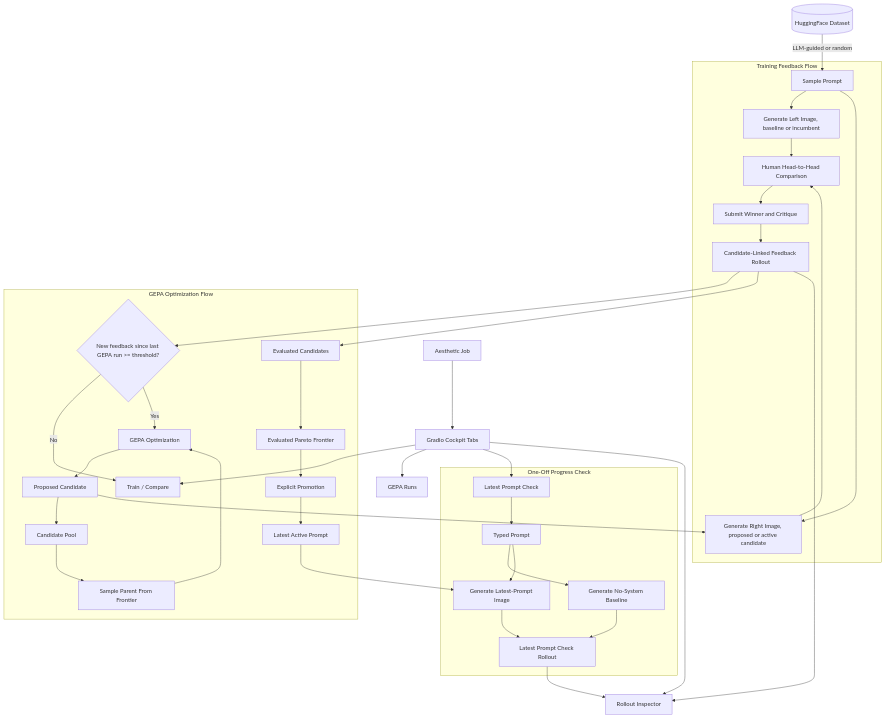
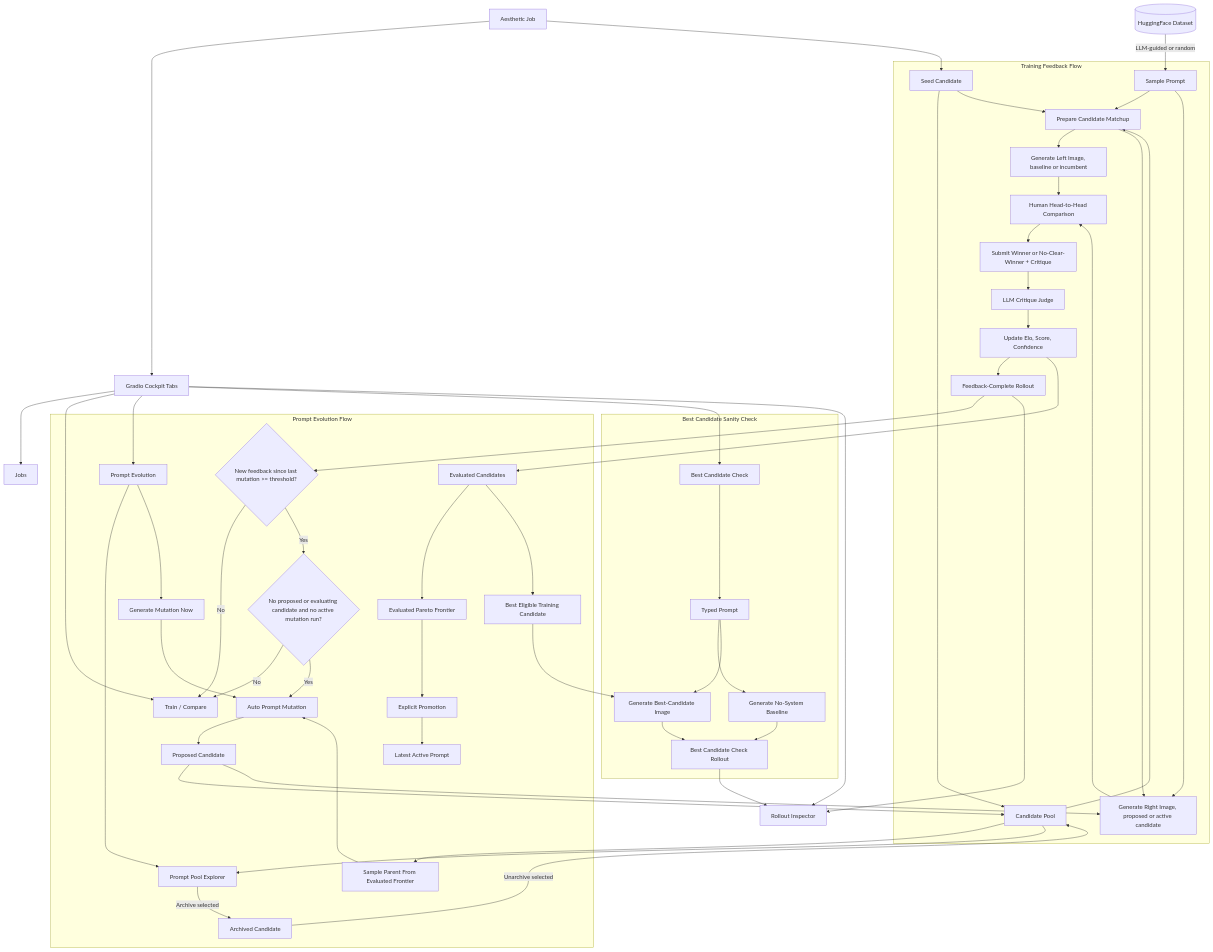
One commit to anath2/image-preference-modelling changed the diagram in docs/architecture.md. Above: the diagram before and after it, drawn with Mermaid. The commit also changed other lines of this file and 1 other file, not shown here.

````diff
--- a/docs/architecture.md
+++ b/docs/architecture.md
@@ -1,57 +1,80 @@
 ```mermaid
 flowchart TD
     DS[("HuggingFace Dataset")]
     Job["Aesthetic Job"]
+    Seed["Seed Candidate"]
+    Pool["Candidate Pool"]
     UI["Gradio Cockpit Tabs"]
+    JobsTab["Jobs"]
     TrainTab["Train / Compare"]
-    GepaTab["GEPA Runs"]
-    CheckTab["Latest Prompt Check"]
+    GepaTab["Prompt Evolution"]
+    PoolExplorer["Prompt Pool Explorer"]
+    CheckTab["Best Candidate Check"]
     InspectorTab["Rollout Inspector"]
 
     DS -->|"LLM-guided or random"| SP["Sample Prompt"]
     Job --> UI
+    Job --> Seed
+    Seed --> Pool
+    UI --> JobsTab
     UI --> TrainTab
     UI --> GepaTab
     UI --> CheckTab
     UI --> InspectorTab
+    GepaTab --> PoolExplorer
 
     subgraph trainingFlow ["Training Feedback Flow"]
-        SP --> BL["Generate Left Image, baseline or incumbent"]
+        SP --> Matchup["Prepare Candidate Matchup"]
+        Seed --> Matchup
+        Pool --> Matchup
+        Matchup --> BL["Generate Left Image, baseline or incumbent"]
+        Matchup --> CA
         SP --> CA["Generate Right Image, proposed or active candidate"]
         BL --> HC["Human Head-to-Head Comparison"]
         CA --> HC
-        HC --> FB["Submit Winner and Critique"]
-        FB --> RO["Candidate-Linked Feedback Rollout"]
+        HC --> FB["Submit Winner or No-Clear-Winner + Critique"]
+        FB --> Judge["LLM Critique Judge"]
+        Judge --> Reward["Update Elo, Score, Confidence"]
+        Reward --> RO["Feedback-Complete Rollout"]
     end
 
-    subgraph optimizerFlow ["GEPA Optimization Flow"]
-        RO --> GG{"New feedback since last GEPA run >= threshold?"}
+    subgraph optimizerFlow ["Prompt Evolution Flow"]
+        Reward --> Evaluated
+        RO --> GG{"New feedback since last mutation >= threshold?"}
+        Pending{"No proposed or evaluating candidate and no active mutation run?"}
         GG -->|"No"| TrainTab
-        GG -->|"Yes"| GO["GEPA Optimization"]
-        Pool["Candidate Pool"]
+        GG -->|"Yes"| Pending
+        Pending -->|"No"| TrainTab
+        Pending -->|"Yes"| GO["Auto Prompt Mutation"]
+        GepaTab --> Manual["Generate Mutation Now"]
+        Manual --> GO
         Proposed["Proposed Candidate"]
+        Archived["Archived Candidate"]
         Evaluated["Evaluated Candidates"]
         Frontier["Evaluated Pareto Frontier"]
-        Pool --> Parent["Sample Parent From Frontier"]
+        Pool --> Parent["Sample Parent From Evaluated Frontier"]
         Parent --> GO
         GO --> Proposed
         Proposed --> Pool
         Proposed --> CA
-        RO --> Evaluated
+        Pool --> PoolExplorer
+        PoolExplorer -->|"Archive selected"| Archived
+        Archived -->|"Unarchive selected"| Pool
         Evaluated --> Frontier
+        Evaluated --> Best["Best Eligible Training Candidate"]
         Frontier --> Promote["Explicit Promotion"]
         Promote --> Active["Latest Active Prompt"]
     end
 
-    subgraph checkFlow ["One-Off Progress Check"]
+    subgraph checkFlow ["Best Candidate Sanity Check"]
         CheckTab --> CheckPrompt["Typed Prompt"]
-        Active --> CheckCandidate["Generate Latest-Prompt Image"]
+        Best --> CheckCandidate["Generate Best-Candidate Image"]
         CheckPrompt --> CheckBaseline["Generate No-System Baseline"]
         CheckPrompt --> CheckCandidate
-        CheckBaseline --> CheckRollout["Latest Prompt Check Rollout"]
+        CheckBaseline --> CheckRollout["Best Candidate Check Rollout"]
         CheckCandidate --> CheckRollout
     end
 
     RO --> InspectorTab
     CheckRollout --> InspectorTab
 ```
````
